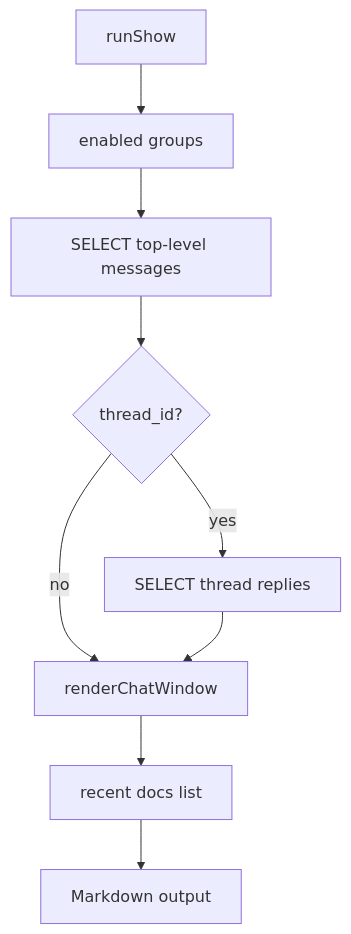
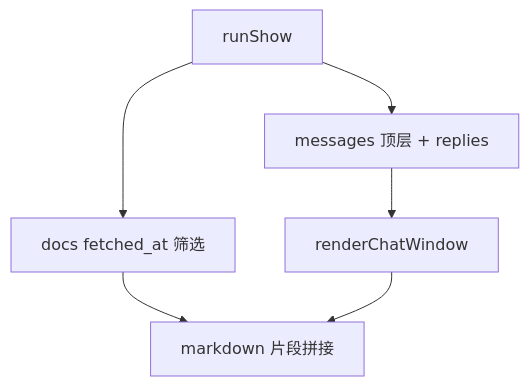
The seventh of 9 diagrams in project-wiki/lark-context/exports/full-wiki.md (dragonforce2010/awesome-ai-repos-deepwiki), drawn with Mermaid before and after one commit. The commit also changed other lines of this file and 27 other files, not shown here.

````diff
--- a/project-wiki/lark-context/exports/full-wiki.md
+++ b/project-wiki/lark-context/exports/full-wiki.md
@@ -7045,11 +1699,8 @@
 ```mermaid
 flowchart TD
-  Show["runShow"] --> Targets["enabled groups"]
-  Targets --> Top["SELECT top-level messages"]
-  Top --> Reply{"thread_id?"}
-  Reply -->|yes| Replies["SELECT thread replies"]
-  Reply -->|no| Render
-  Replies --> Render["renderChatWindow"]
-  Render --> Docs["recent docs list"]
-  Docs --> Output["Markdown output"]
+  Show["runShow"] --> ChatSql["messages 顶层 + replies"]
+  ChatSql --> Render["renderChatWindow"]
+  Show --> DocsSql["docs fetched_at 筛选"]
+  DocsSql --> Pieces["markdown 片段拼接"]
+  Render --> Pieces
 ```
````
